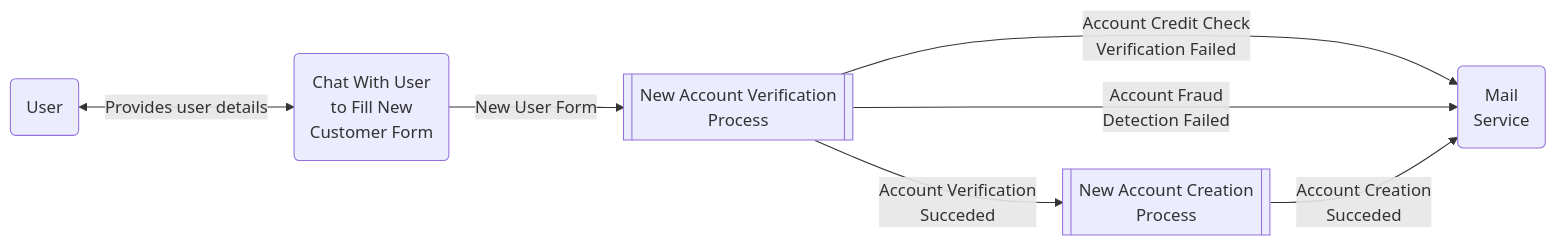
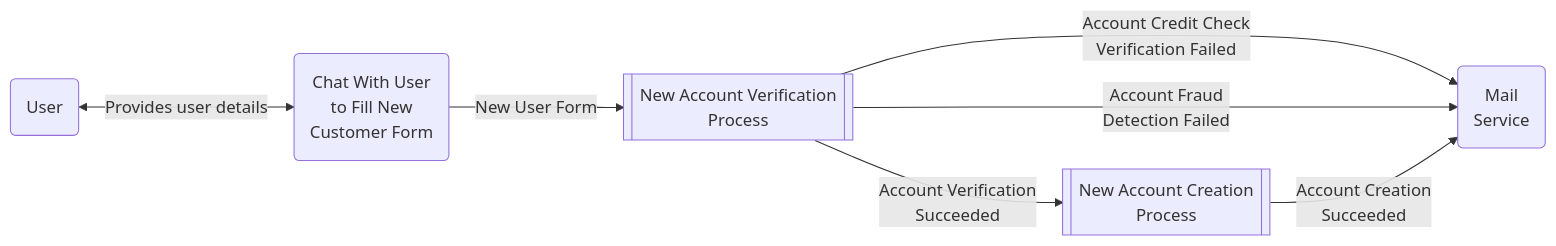
One commit to microsoft/semantic-kernel changed the fourth of 13 diagrams in dotnet/samples/GettingStartedWithProcesses/README.md. Above: the diagram before and after it, drawn with Mermaid. The commit also changed other lines of this file, not shown here.

Commit message:
fixing readme spelling errors

````diff
--- a/dotnet/samples/GettingStartedWithProcesses/README.md
+++ b/dotnet/samples/GettingStartedWithProcesses/README.md
@@ -109,15 +109,15 @@
 ```mermaid
 flowchart LR
     User(User)
     FillForm(Chat With User <br/> to Fill New <br/> Customer Form)
     NewAccountVerification[[New Account Verification<br/> Process]]
     NewAccountCreation[[New Account Creation<br/> Process]]
     Mailer(Mail <br/> Service)
 
     User<-->|Provides user details|FillForm
     FillForm-->|New User Form|NewAccountVerification
     NewAccountVerification-->|Account Credit Check<br/> Verification Failed|Mailer
     NewAccountVerification-->|Account Fraud<br/> Detection Failed|Mailer
-    NewAccountVerification-->|Account Verification <br/> Succeded|NewAccountCreation
-    NewAccountCreation-->|Account Creation <br/> Succeded|Mailer
+    NewAccountVerification-->|Account Verification <br/> Succeeded|NewAccountCreation
+    NewAccountCreation-->|Account Creation <br/> Succeeded|Mailer
 ```
````
